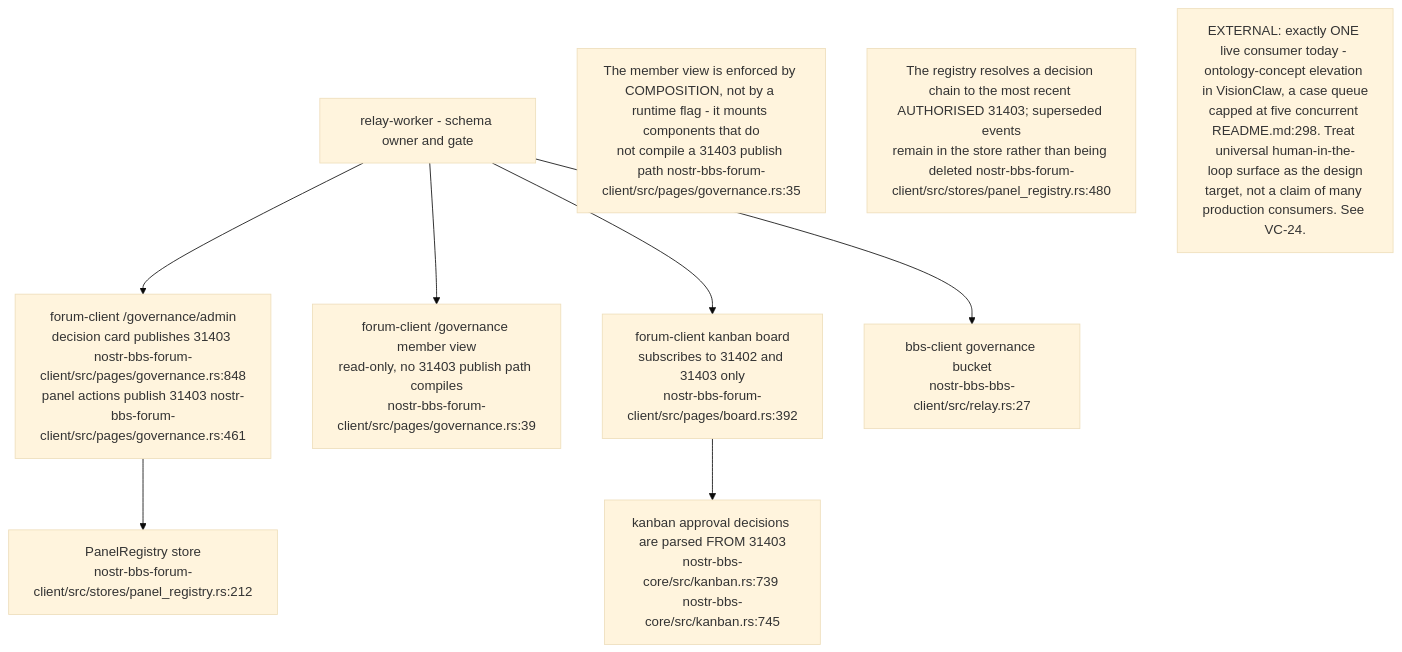
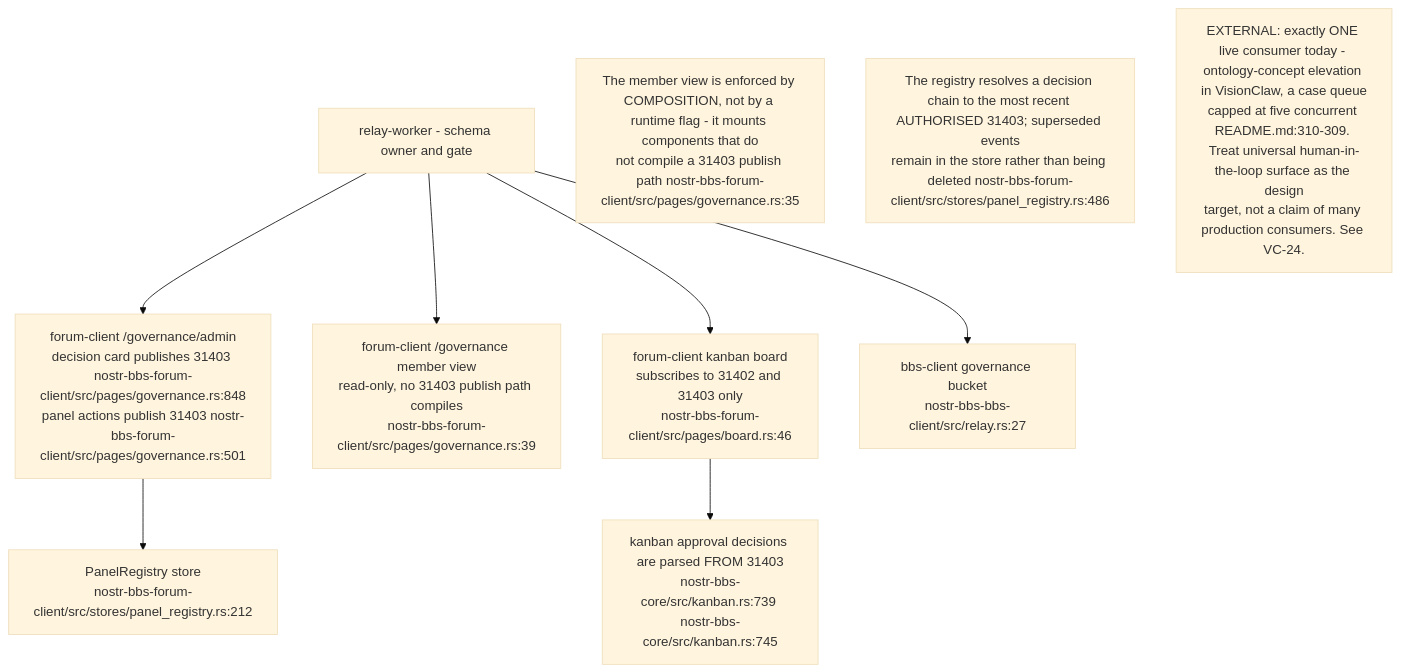
The eighth of 16 diagrams in docs/diagrams/nostr-rust-forum/06-agent-control-surface-31400-31405.md (DreamLab-AI/VisionFlow), drawn with Mermaid (base theme) before and after one commit. The commit also changed other lines of this file and 111 other files, not shown here.

Commit message:
docs(diagrams): align estate maps with current source

````diff
--- a/docs/diagrams/nostr-rust-forum/06-agent-control-surface-31400-31405.md
+++ b/docs/diagrams/nostr-rust-forum/06-agent-control-surface-31400-31405.md
@@ -250,18 +250,18 @@
 ```mermaid
 flowchart TB
     RELAY["relay-worker - schema owner and gate"]
-    FCADMIN["forum-client /governance/admin<br/>decision card publishes 31403 nostr-bbs-forum-client/src/pages/governance.rs:848<br/>panel actions publish 31403 nostr-bbs-forum-client/src/pages/governance.rs:461"]
+    FCADMIN["forum-client /governance/admin<br/>decision card publishes 31403 nostr-bbs-forum-client/src/pages/governance.rs:848<br/>panel actions publish 31403 nostr-bbs-forum-client/src/pages/governance.rs:501"]
     FCMEM["forum-client /governance member view<br/>read-only, no 31403 publish path compiles<br/>nostr-bbs-forum-client/src/pages/governance.rs:39"]
-    BOARD["forum-client kanban board<br/>subscribes to 31402 and 31403 only<br/>nostr-bbs-forum-client/src/pages/board.rs:392"]
+    BOARD["forum-client kanban board<br/>subscribes to 31402 and 31403 only<br/>nostr-bbs-forum-client/src/pages/board.rs:46"]
     REG["PanelRegistry store<br/>nostr-bbs-forum-client/src/stores/panel_registry.rs:212"]
     BBS["bbs-client governance bucket<br/>nostr-bbs-bbs-client/src/relay.rs:27"]
     KAN["kanban approval decisions are parsed FROM 31403<br/>nostr-bbs-core/src/kanban.rs:739 nostr-bbs-core/src/kanban.rs:745"]
 
     RELAY --> FCADMIN & FCMEM & BOARD & BBS
     FCADMIN --> REG
     BOARD --> KAN
 
     N1["The member view is enforced by COMPOSITION, not by a runtime flag - it mounts components that do<br/>not compile a 31403 publish path nostr-bbs-forum-client/src/pages/governance.rs:35"]
-    N2["The registry resolves a decision chain to the most recent AUTHORISED 31403; superseded events<br/>remain in the store rather than being deleted nostr-bbs-forum-client/src/stores/panel_registry.rs:480"]
-    N3["EXTERNAL: exactly ONE live consumer today - ontology-concept elevation in VisionClaw, a case queue<br/>capped at five concurrent README.md:298. Treat universal human-in-the-loop surface as the design<br/>target, not a claim of many production consumers. See VC-24."]
+    N2["The registry resolves a decision chain to the most recent AUTHORISED 31403; superseded events<br/>remain in the store rather than being deleted nostr-bbs-forum-client/src/stores/panel_registry.rs:486"]
+    N3["EXTERNAL: exactly ONE live consumer today - ontology-concept elevation in VisionClaw, a case queue<br/>capped at five concurrent README.md:310-309. Treat universal human-in-the-loop surface as the design<br/>target, not a claim of many production consumers. See VC-24."]
 ```
````
